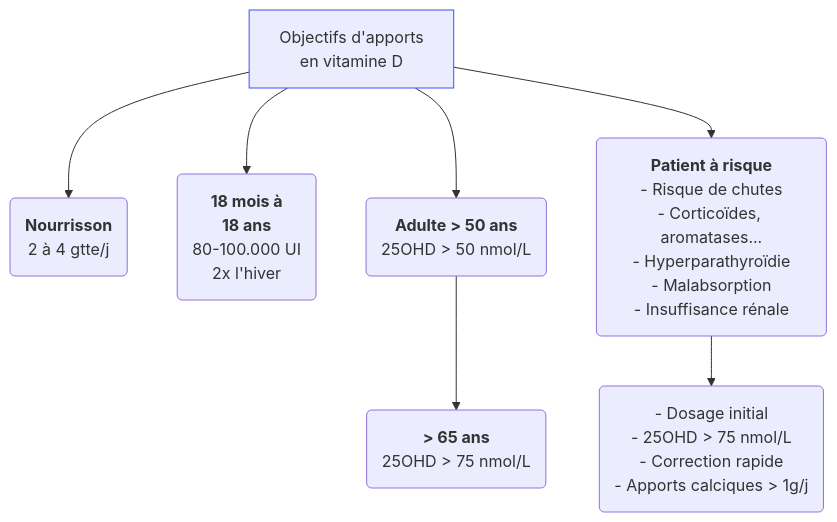
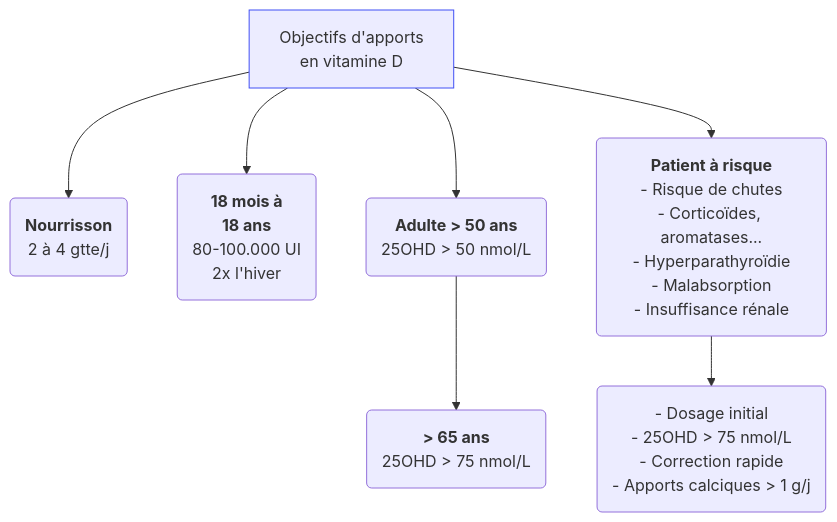
Before and after one commit to djibe/recommandations-medicales: the diagram in content/recommandations/vitamine-d.md, drawn with Mermaid. The commit also changed 25 other files, not shown here.

Commit message:
Flowcharts: escape symbols

```diff
--- a/content/recommandations/vitamine-d.md
+++ b/content/recommandations/vitamine-d.md
@@ -202,10 +202,10 @@
 {{< mermaid title="Cibles d'apports en vitamine D (schéma simplifié). Dr JB FRON d'après Souberbielle 2019" >}}
 graph TB
   apports["Objectifs d'apports<br>en vitamine D"]
   style apports stroke:#4150f5, stroke-width:1px
     apports --> ns(<b>Nourrisson</b><br>2 à 4 gtte/j)
     apports --> enfant(<b>18 mois à<br>18 ans</b><br>80-100.000 UI<br> 2x l'hiver)
     apports --> adulte(<b>Adulte &gt; 50 ans</b><br>25OHD &gt; 50 nmol/L)
       adulte --> 65(<b>&gt; 65 ans</b><br>25OHD &gt; 75 nmol/L)
-    apports --> risque(<b>Patient à risque</b><br>- Risque de chutes<br>- Corticoïdes, aromatases...<br>- Hyperparathyroïdie<br>- Malabsorption<br>- Insuffisance rénale) --> intensif("- Dosage initial<br>- 25OHD &gt; 75 nmol/L<br>- Correction rapide<br>- Apports calciques &gt; 1g/j")
+    apports --> risque(<b>Patient à risque</b><br>- Risque de chutes<br>- Corticoïdes, aromatases...<br>- Hyperparathyroïdie<br>- Malabsorption<br>- Insuffisance rénale) --> intensif("- Dosage initial<br>- 25OHD &gt; 75 nmol/L<br>- Correction rapide<br>- Apports calciques &gt; 1 g/j")
 {{< /mermaid >}}
```
